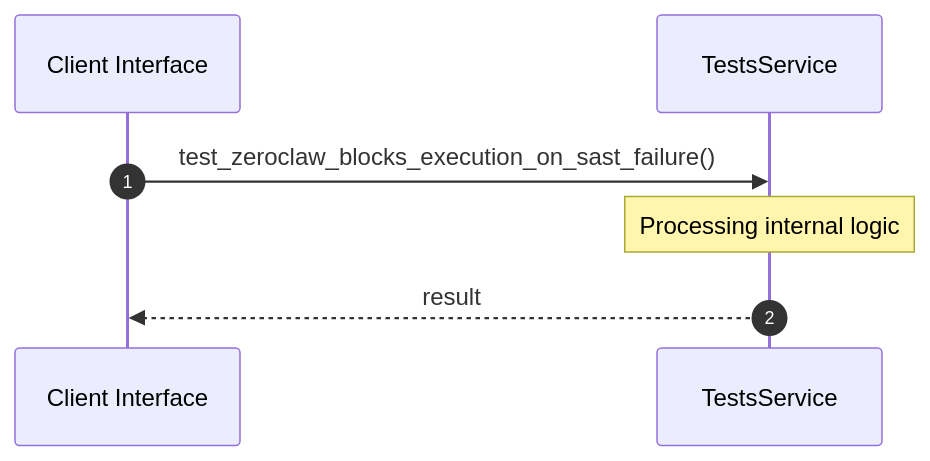
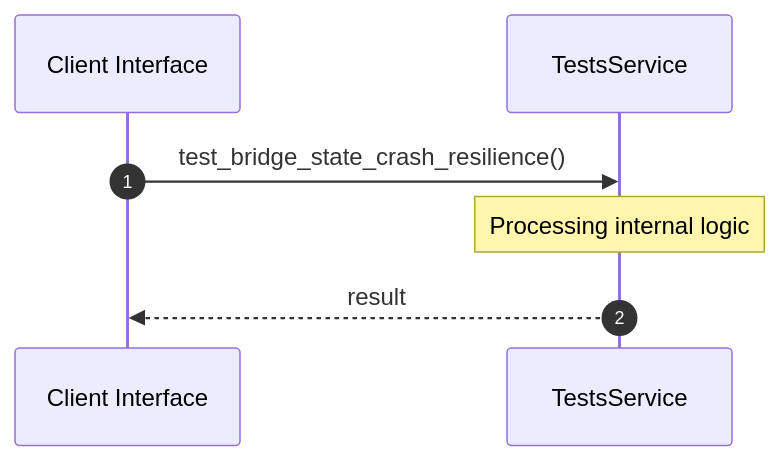
One commit to lgcorzo/rust_CACD_autonomous_factory changed the second of 2 diagrams in openwiki/crates/factory-application/tests/index.md. Above: the diagram before and after it, drawn with Mermaid. The commit also changed other lines of this file and 37 other files, not shown here.

Commit message:
docs: generate ISO compliant OpenWiki architecture documentation

````diff
--- a/openwiki/crates/factory-application/tests/index.md
+++ b/openwiki/crates/factory-application/tests/index.md
@@ -37,10 +37,10 @@
 ```mermaid
 sequenceDiagram
     autonumber
     participant Caller as Client Interface
     participant Svc as TestsService
-    Caller->>Svc: test_zeroclaw_blocks_execution_on_sast_failure()
+    Caller->>Svc: test_bridge_state_crash_resilience()
     Note over Svc: Processing internal logic
     Svc-->>Caller: result
 
 ```
````
